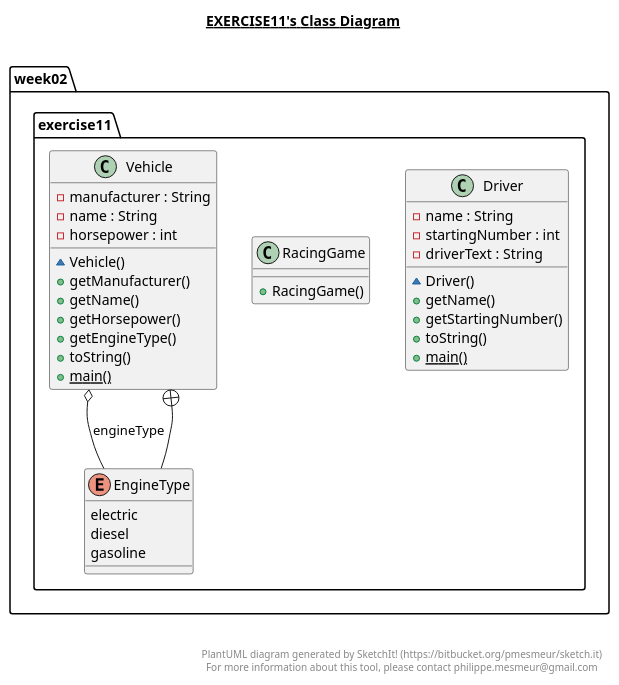
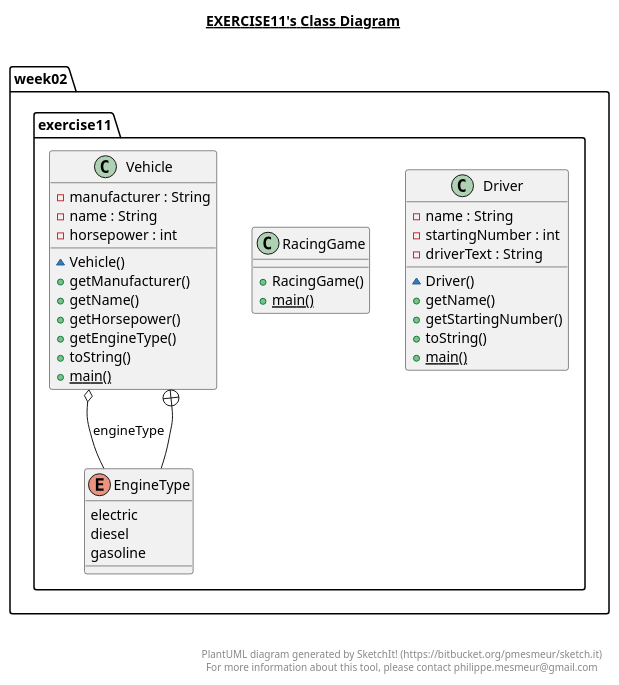
The diagram in src/main/java/week02/exercise11/exercise11.plantuml (axelmotyka/adventcalendar), drawn with PlantUML before and after one commit. The commit also changed 1 other file, not shown here.

Commit message:
Added Plantuml diagrams for exercises 11 and 12 in week 2.

```diff
--- a/src/main/java/week02/exercise11/exercise11.plantuml
+++ b/src/main/java/week02/exercise11/exercise11.plantuml
@@ -1,62 +1,63 @@
 @startuml
 
 title __EXERCISE11's Class Diagram__\n
 
   package week02.exercise11 {
     class Driver {
         - name : String
         - startingNumber : int
         - driverText : String
         ~ Driver()
         + getName()
         + getStartingNumber()
         + toString()
         {static} + main()
     }
   }
   
 
   package week02.exercise11 {
     class RacingGame {
         + RacingGame()
+        {static} + main()
     }
   }
   
 
   package week02.exercise11 {
     class Vehicle {
         - manufacturer : String
         - name : String
         - horsepower : int
         ~ Vehicle()
         + getManufacturer()
         + getName()
         + getHorsepower()
         + getEngineType()
         + toString()
         {static} + main()
     }
   }
   
 
   package week02.exercise11 {
     enum EngineType {
       electric
       diesel
       gasoline
     }
   }
   
 
   Vehicle o-- EngineType : engineType
   Vehicle +-down- EngineType
 
 
 right footer
 
 
 PlantUML diagram generated by SketchIt! (https://bitbucket.org/pmesmeur/sketch.it)
 For more information about this tool, please contact philippe.mesmeur@gmail.com
 endfooter
 
 @enduml
```
